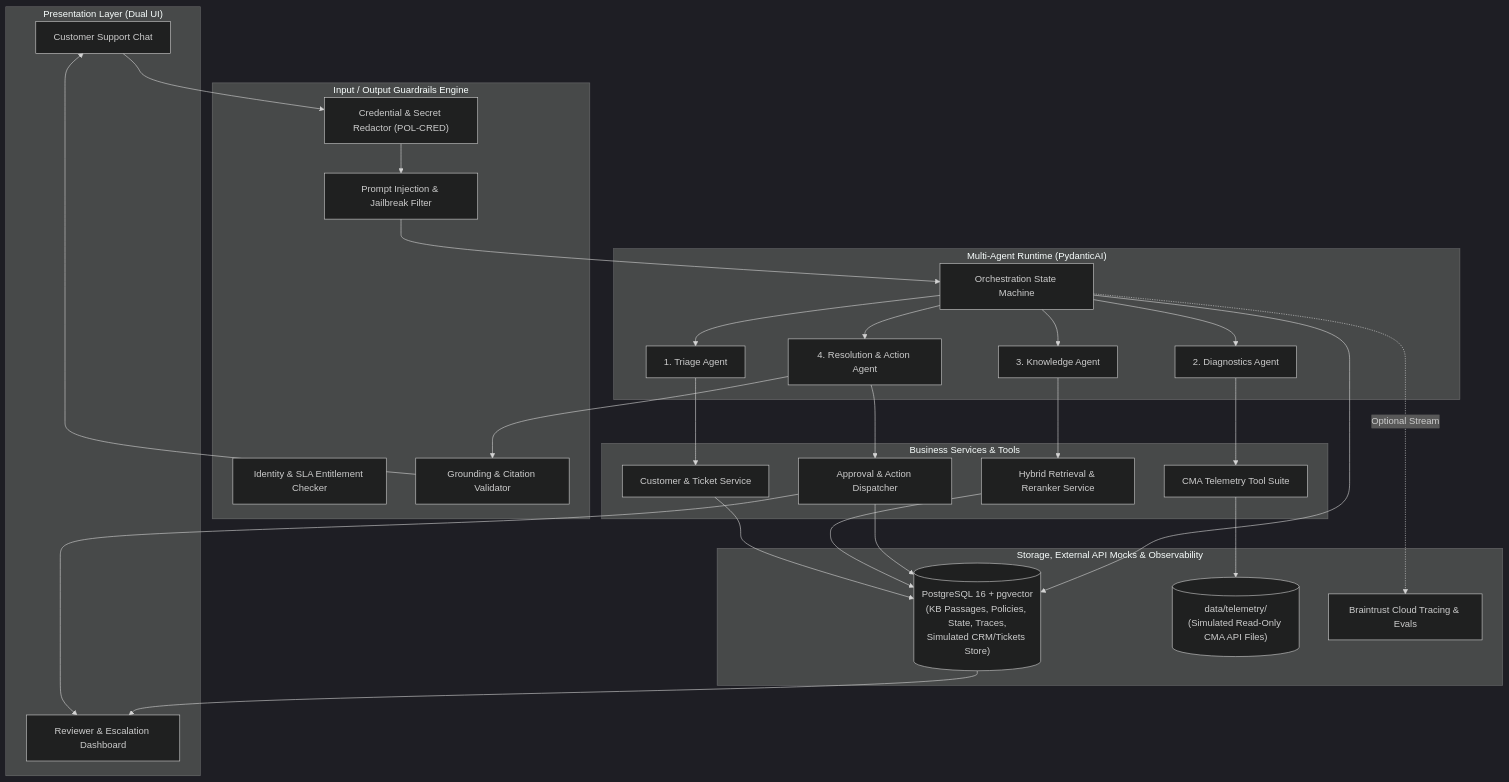
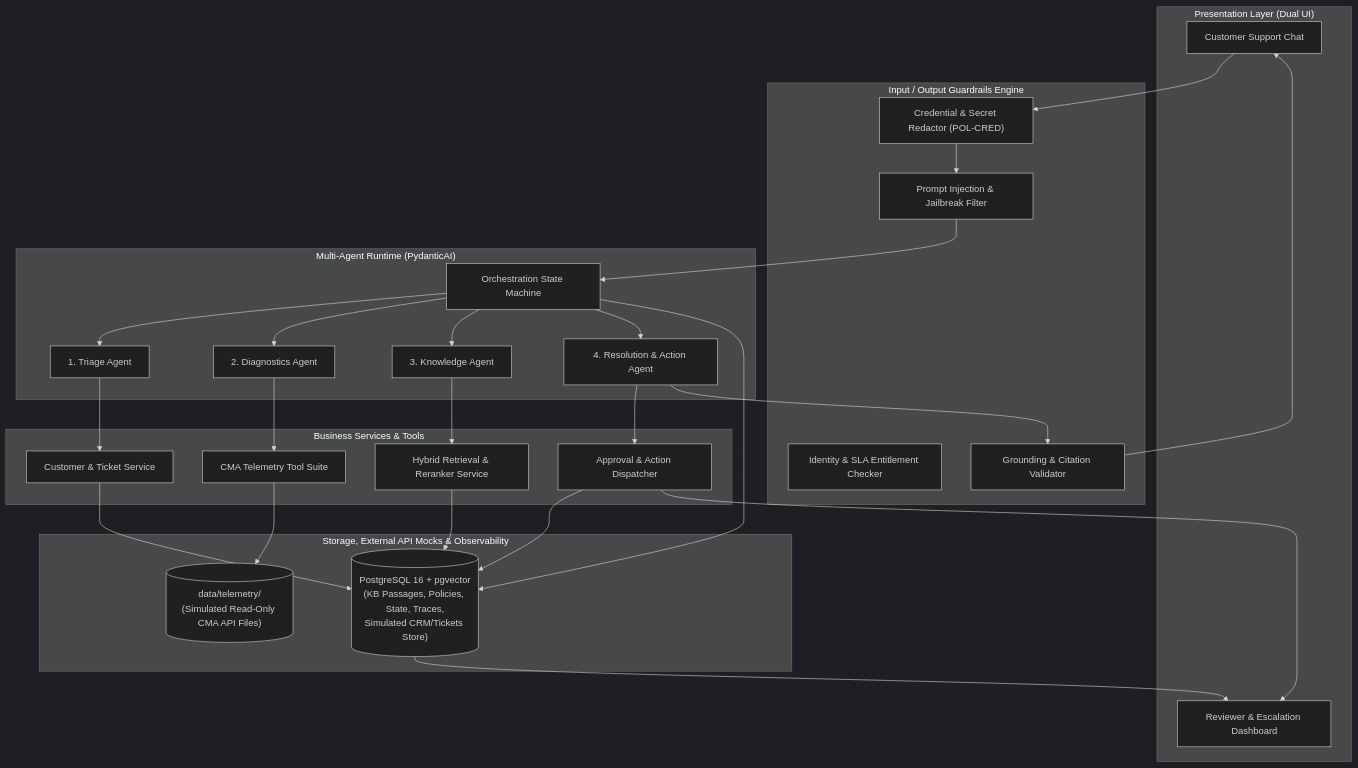
The first of 5 diagrams in docs/architecture/system-architecture-design.md (yaara-manor/cato-networks), drawn with Mermaid (dark theme) before and after one commit. The commit also changed other lines of this file and 4 other files, not shown here.

Commit message:
chore: drop braintrust, tracing is postgres + pydantic-ai history

````diff
--- a/docs/architecture/system-architecture-design.md
+++ b/docs/architecture/system-architecture-design.md
@@ -50,61 +50,59 @@
 ```mermaid
 flowchart TD
     subgraph UI_Layer["Presentation Layer (Dual UI)"]
         CustomerChat["Customer Support Chat"]
         ReviewerDashboard["Reviewer & Escalation Dashboard"]
     end
 
     subgraph Security_Gate["Input / Output Guardrails Engine"]
         Redactor["Credential & Secret Redactor (POL-CRED)"]
         InjectionDetector["Prompt Injection & Jailbreak Filter"]
         EntitlementValidator["Identity & SLA Entitlement Checker"]
         CitationVerifier["Grounding & Citation Validator"]
     end
 
     subgraph Agent_Core["Multi-Agent Runtime (PydanticAI)"]
         TriageAgent["1. Triage Agent"]
         DiagAgent["2. Diagnostics Agent"]
         KBAgent["3. Knowledge Agent"]
         ResolAgent["4. Resolution & Action Agent"]
         StateMachine["Orchestration State Machine"]
     end
 
     subgraph Services_Layer["Business Services & Tools"]
         CustService["Customer & Ticket Service"]
         TelemetryService["CMA Telemetry Tool Suite"]
         RAGService["Hybrid Retrieval & Reranker Service"]
         ApprovalService["Approval & Action Dispatcher"]
     end
 
     subgraph Storage_Layer["Storage, External API Mocks & Observability"]
         PG_DB[("PostgreSQL 16 + pgvector\n(KB Passages, Policies, State, Traces,\nSimulated CRM/Tickets Store)")]
         TelemetryFiles[("data/telemetry/\n(Simulated Read-Only CMA API Files)")]
-        Braintrust["Braintrust Cloud Tracing & Evals"]
     end
 
     CustomerChat --> Redactor
     Redactor --> InjectionDetector
     InjectionDetector --> StateMachine
 
     StateMachine --> TriageAgent
     StateMachine --> DiagAgent
     StateMachine --> KBAgent
     StateMachine --> ResolAgent
 
     TriageAgent --> CustService
     DiagAgent --> TelemetryService
     KBAgent --> RAGService
     ResolAgent --> ApprovalService
 
     CustService --> PG_DB
     TelemetryService --> TelemetryFiles
     RAGService --> PG_DB
     ApprovalService --> PG_DB
     StateMachine --> PG_DB
-    StateMachine -. "Optional Stream" .-> Braintrust
 
     ResolAgent --> CitationVerifier
     CitationVerifier --> CustomerChat
     ApprovalService --> ReviewerDashboard
     PG_DB --> ReviewerDashboard
 ```
````
